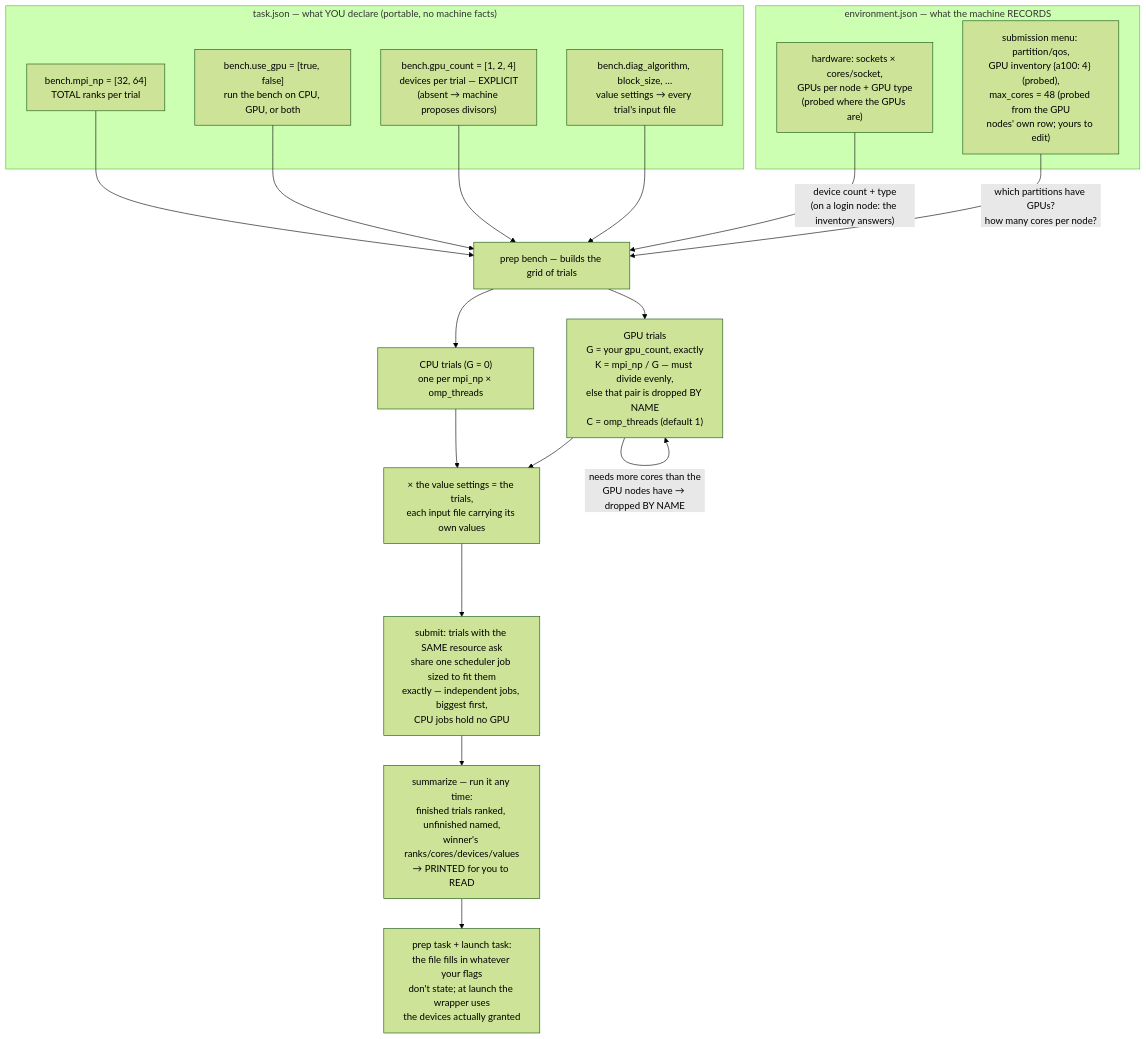
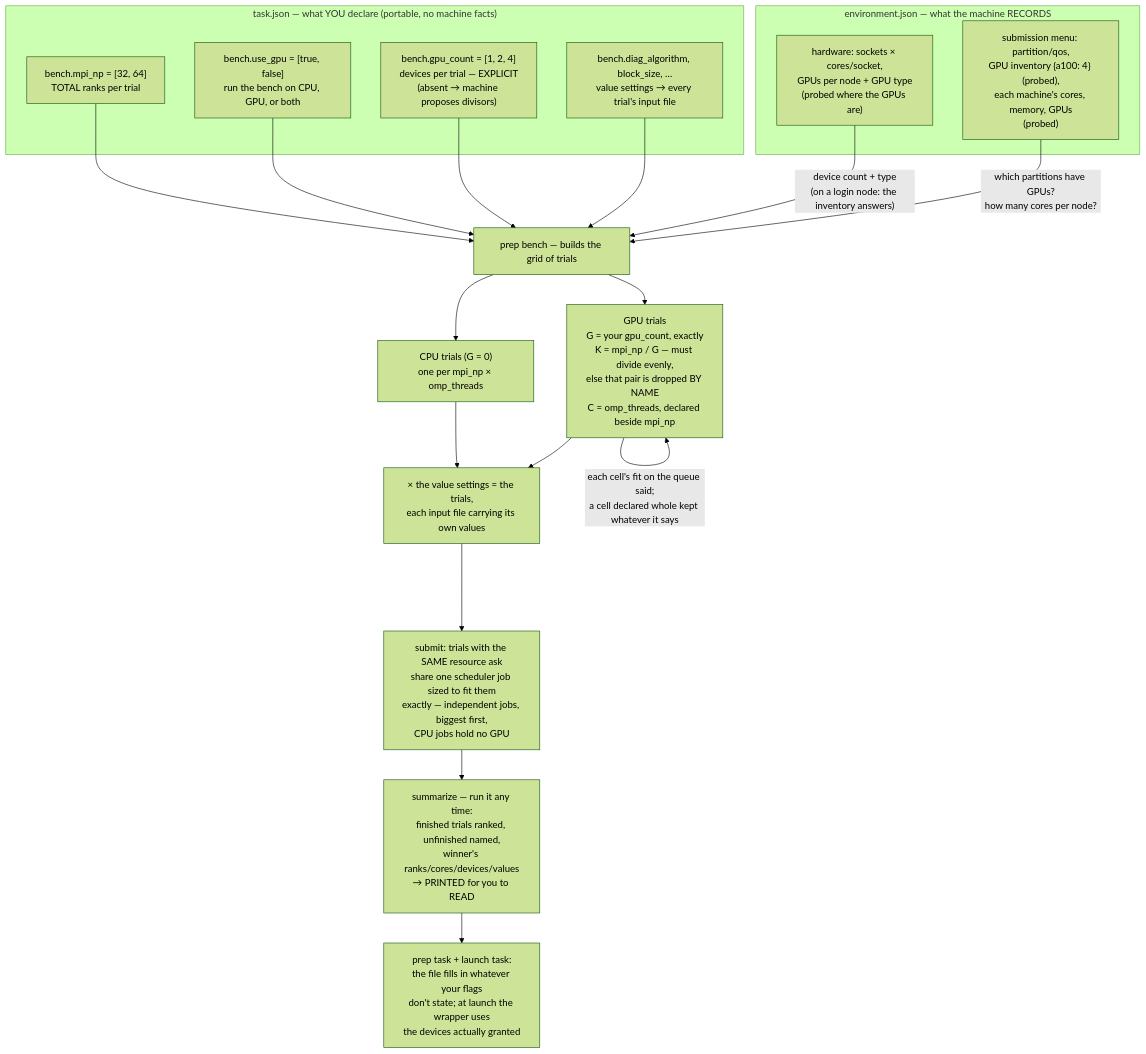
Before and after one commit to Qing-LAB/molbuilder: the second of 4 diagrams in docs/engines/tuning.md, drawn with Mermaid (forest theme). The commit also changed other lines of this file and 66 other files, not shown here.

````diff
--- a/docs/engines/tuning.md
+++ b/docs/engines/tuning.md
@@ -537,28 +542,28 @@
 ```mermaid
 flowchart TD
     subgraph YOU["task.json — what YOU declare (portable, no machine facts)"]
         MP["bench.mpi_np = [32, 64]<br/>TOTAL ranks per trial"]
         EG["bench.use_gpu = [true, false]<br/>run the bench on CPU, GPU, or both"]
         GC["bench.gpu_count = [1, 2, 4]<br/>devices per trial — EXPLICIT<br/>(absent → machine proposes divisors)"]
         VA["bench.diag_algorithm, block_size, …<br/>value settings → every trial's input file"]
     end
     subgraph MACHINE["environment.json — what the machine RECORDS"]
         TOPO["hardware: sockets × cores/socket,<br/>GPUs per node + GPU type<br/>(probed where the GPUs are)"]
-        DOM["submission menu: partition/qos,<br/>GPU inventory {a100: 4} (probed),<br/>max_cores = 48 (probed from the GPU<br/>nodes' own row; yours to edit)"]
+        DOM["submission menu: partition/qos,<br/>GPU inventory {a100: 4} (probed),<br/>each machine's cores, memory, GPUs<br/>(probed)"]
     end
     PREP["prep bench — builds the grid of trials"]
     MP --> PREP
     EG --> PREP
     GC --> PREP
     VA --> PREP
     TOPO -->|"device count + type<br/>(on a login node: the inventory answers)"| PREP
     DOM -->|"which partitions have GPUs?<br/>how many cores per node?"| PREP
     PREP --> CPU["CPU trials (G = 0)<br/>one per mpi_np × omp_threads"]
-    PREP --> GPU["GPU trials<br/>G = your gpu_count, exactly<br/>K = mpi_np / G — must divide evenly,<br/>else that pair is dropped BY NAME<br/>C = omp_threads (default 1)"]
-    GPU -->|"needs more cores than the<br/>GPU nodes have → dropped BY NAME"| GPU
+    PREP --> GPU["GPU trials<br/>G = your gpu_count, exactly<br/>K = mpi_np / G — must divide evenly,<br/>else that pair is dropped BY NAME<br/>C = omp_threads, declared beside mpi_np"]
+    GPU -->|"each cell's fit on the queue said;<br/>a cell declared whole kept whatever it says"| GPU
     CPU --> TRIALS["× the value settings = the trials,<br/>each input file carrying its own values"]
     GPU --> TRIALS
     TRIALS --> SHELF["submit: trials with the SAME resource ask<br/>share one scheduler job sized to fit them<br/>exactly — independent jobs, biggest first,<br/>CPU jobs hold no GPU"]
     SHELF --> SUMM["summarize — run it any time:<br/>finished trials ranked, unfinished named,<br/>winner's ranks/cores/devices/values<br/>→ PRINTED for you to READ"]
     SUMM --> RUN["prep task + launch task:<br/>the file fills in whatever your flags<br/>don't state; at launch the wrapper uses<br/>the devices actually granted"]
 ```
````
